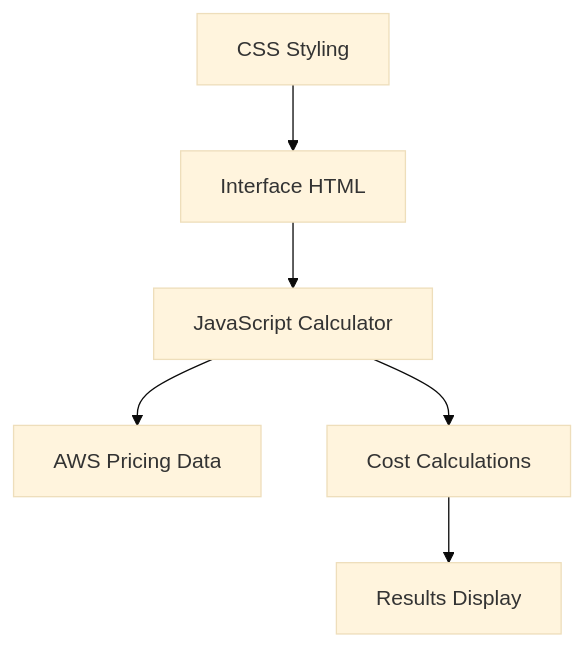
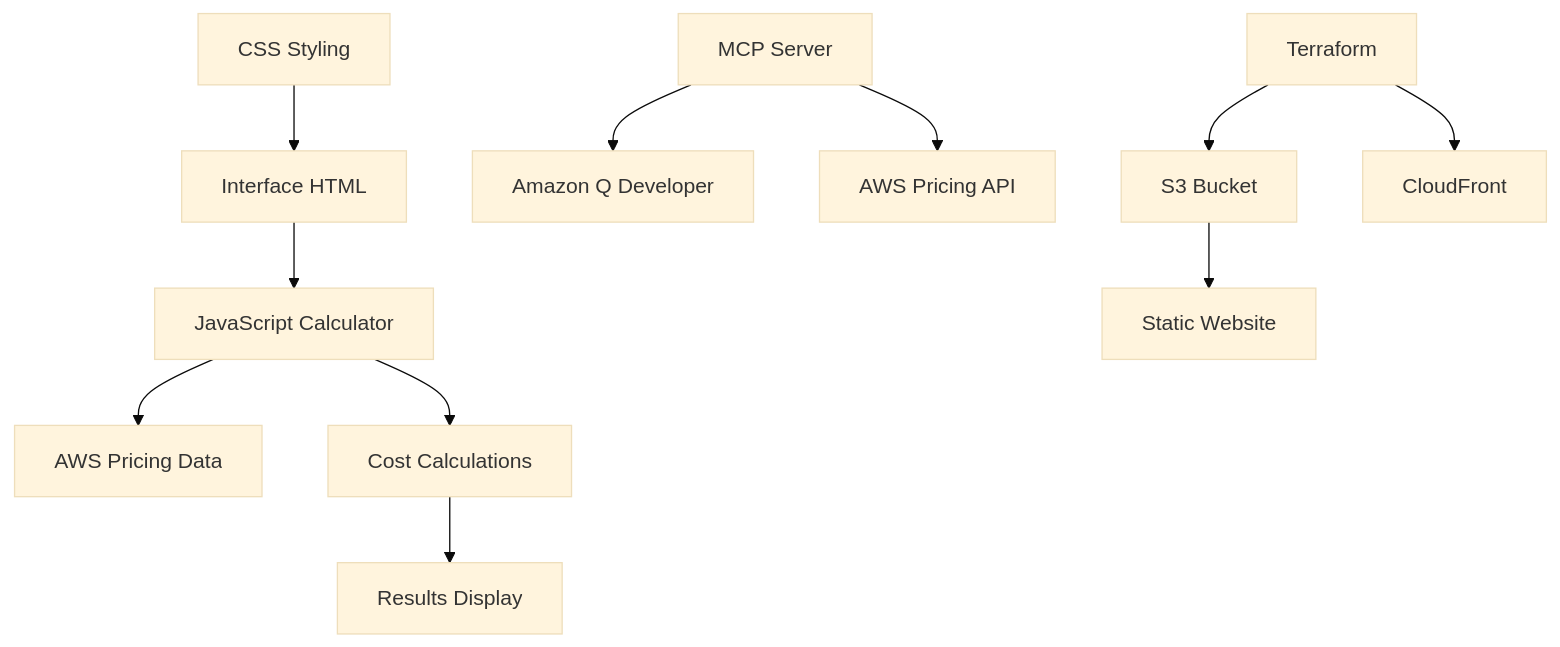
The diagram in aws-cost-calculator/README.md (camilacodes/Workshop), drawn with Mermaid (base theme) before and after one commit. The commit also changed other lines of this file and 8 other files, not shown here.

Commit message:
mcp server

````diff
--- a/aws-cost-calculator/README.md
+++ b/aws-cost-calculator/README.md
@@ -18,8 +20,13 @@
 ```mermaid
 graph TD
     A[Interface HTML] --> B[JavaScript Calculator]
     B --> C[AWS Pricing Data]
     B --> D[Cost Calculations]
     D --> E[Results Display]
     F[CSS Styling] --> A
+    G[MCP Server] --> H[Amazon Q Developer]
+    G --> I[AWS Pricing API]
+    J[Terraform] --> K[S3 Bucket]
+    J --> L[CloudFront]
+    K --> M[Static Website]
 ```
````
